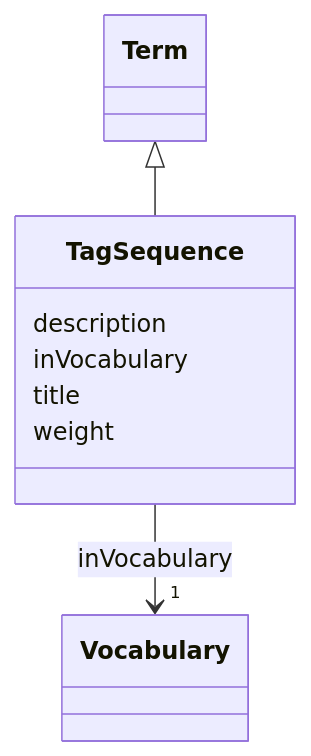
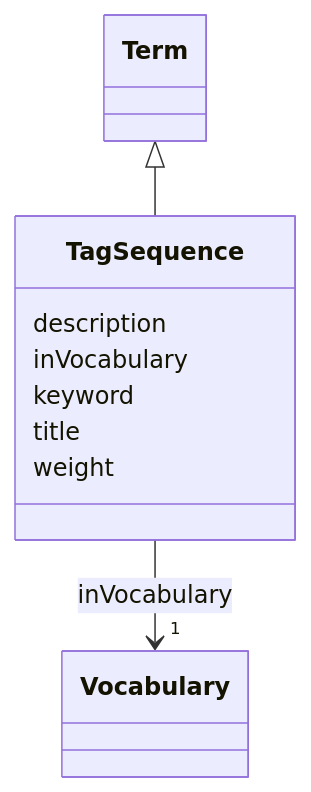
The diagram in models/docs/TagSequence.md (EVORA-project/evora-ontology), drawn with Mermaid before and after one commit. The commit also changed other lines of this file and 402 other files, not shown here.

````diff
--- a/models/docs/TagSequence.md
+++ b/models/docs/TagSequence.md
@@ -19,24 +19,26 @@
 ```mermaid
  classDiagram
     class TagSequence
     click TagSequence href "../TagSequence"
       Term <|-- TagSequence
         click Term href "../Term"
       
       TagSequence : description
         
       TagSequence : inVocabulary
         
           
     
     
     TagSequence --> "1" Vocabulary : inVocabulary
     click Vocabulary href "../Vocabulary"
 
         
+      TagSequence : keyword
+        
       TagSequence : title
         
       TagSequence : weight
         
       
 ```
````
